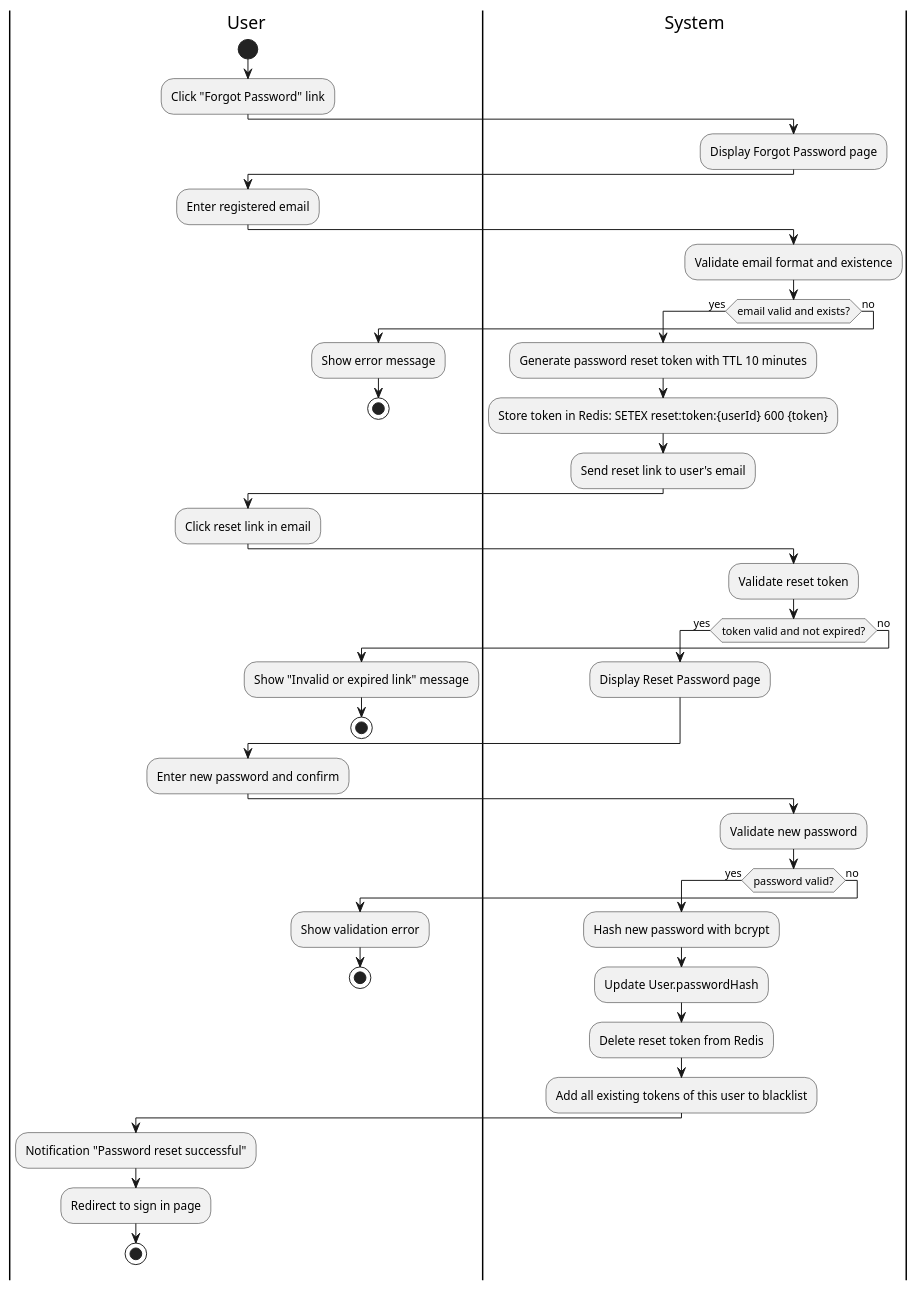
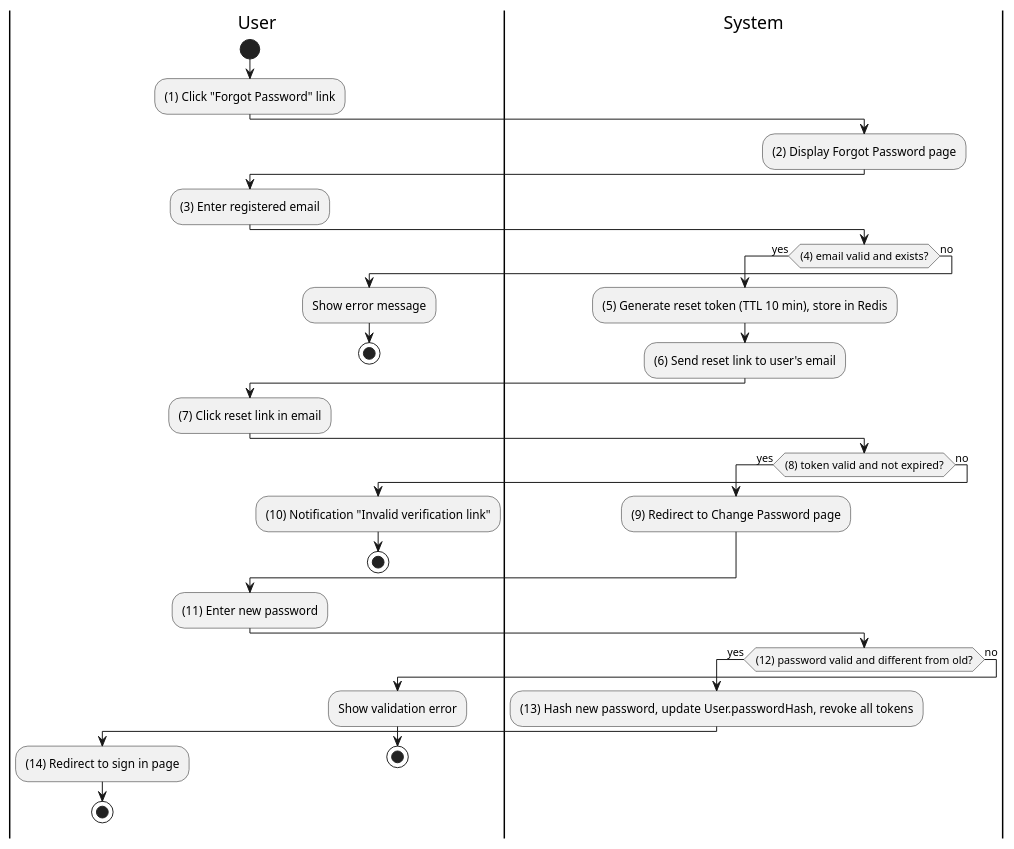
One commit to MinhThienNguyen040905/SE356---He-thong-phong-kham changed the third of 27 diagrams in Docs/SRS.md. Above: the diagram before and after it, drawn with PlantUML. The commit also changed other lines of this file, not shown here.

Commit message:
Implement feature X to enhance user experience and optimize performance

````diff
--- a/Docs/SRS.md
+++ b/Docs/SRS.md
@@ -266,51 +252,43 @@
 ```plantuml
 @startuml
 |User|
 start
-:Click "Forgot Password" link;
+:(1) Click "Forgot Password" link;
 |System|
-:Display Forgot Password page;
+:(2) Display Forgot Password page;
 |User|
-:Enter registered email;
+:(3) Enter registered email;
 |System|
-:Validate email format and existence;
-if (email valid and exists?) then (yes)
-  :Generate password reset token with TTL 10 minutes;
-  :Store token in Redis: SETEX reset:token:{userId} 600 {token};
-  :Send reset link to user's email;
+if ((4) email valid and exists?) then (yes)
+  :(5) Generate reset token (TTL 10 min), store in Redis;
+  :(6) Send reset link to user's email;
 else (no)
   |User|
   :Show error message;
   stop
 endif
 |User|
-:Click reset link in email;
+:(7) Click reset link in email;
 |System|
-:Validate reset token;
-if (token valid and not expired?) then (yes)
-  :Display Reset Password page;
+if ((8) token valid and not expired?) then (yes)
+  :(9) Redirect to Change Password page;
 else (no)
   |User|
-  :Show "Invalid or expired link" message;
+  :(10) Notification "Invalid verification link";
   stop
 endif
 |User|
-:Enter new password and confirm;
+:(11) Enter new password;
 |System|
-:Validate new password;
-if (password valid?) then (yes)
-  :Hash new password with bcrypt;
-  :Update User.passwordHash;
-  :Delete reset token from Redis;
-  :Add all existing tokens of this user to blacklist;
+if ((12) password valid and different from old?) then (yes)
+  :(13) Hash new password, update User.passwordHash, revoke all tokens;
   |User|
-  :Notification "Password reset successful";
-  :Redirect to sign in page;
+  :(14) Redirect to sign in page;
   stop
 else (no)
   |User|
   :Show validation error;
   stop
 endif
 @enduml
 ```
````
